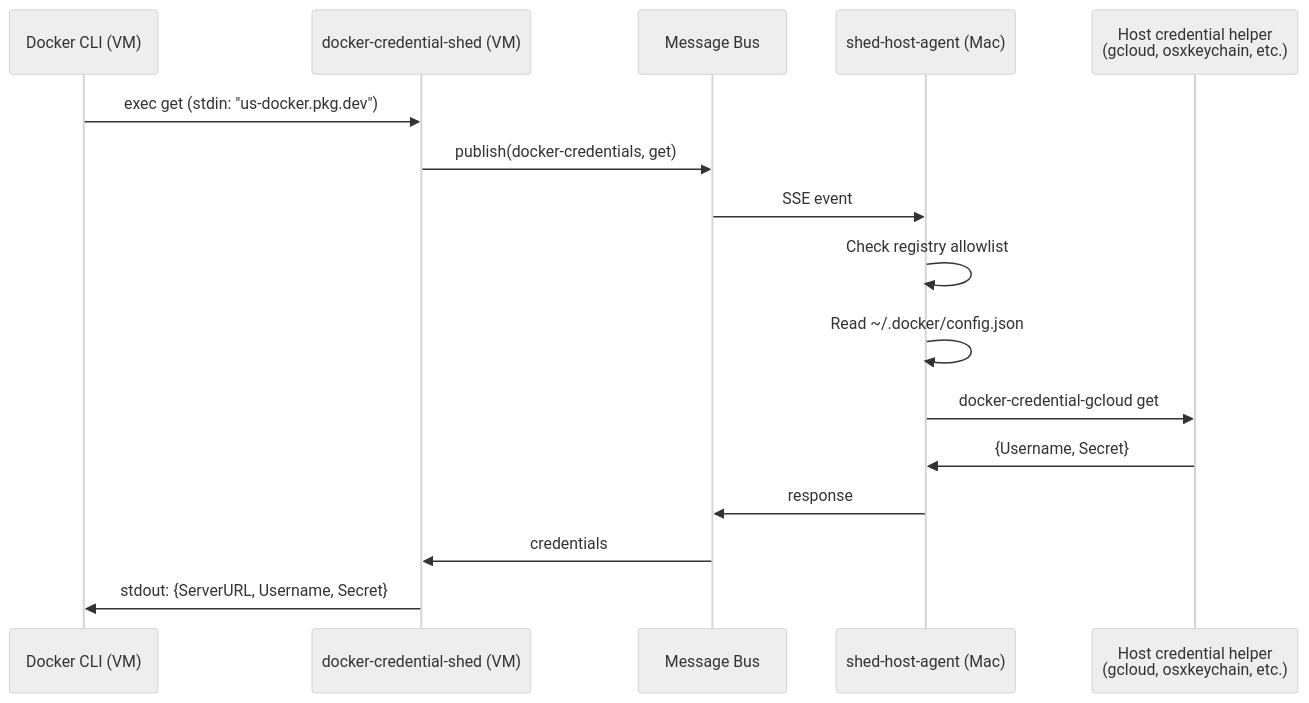
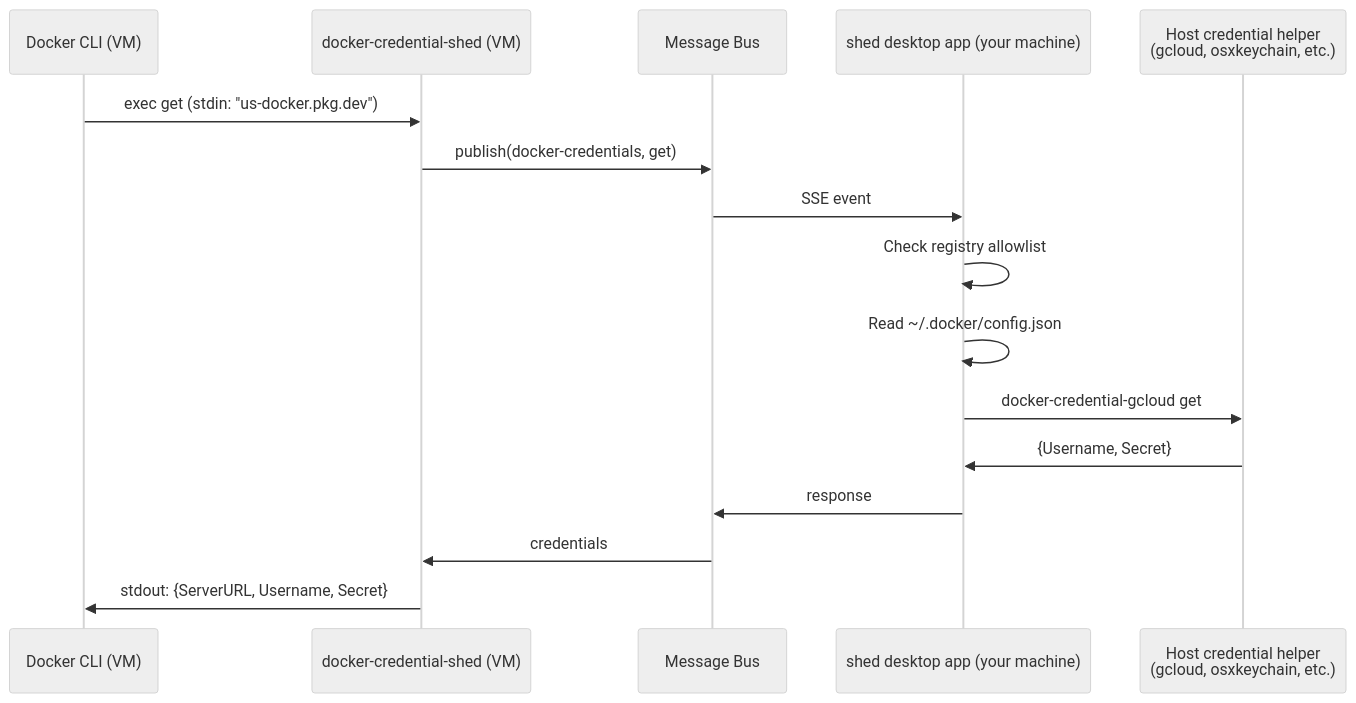
Before and after one commit to charliek/shed: the diagram in docs/extensions/docker-credentials.md, drawn with Mermaid (neutral theme). The commit also changed other lines of this file and 34 other files, not shown here.

First line of the commit message:
docs: the desktop app is the credential broker

````diff
--- a/docs/extensions/docker-credentials.md
+++ b/docs/extensions/docker-credentials.md
@@ -11,19 +11,19 @@
 ```mermaid
 sequenceDiagram
     participant Docker as Docker CLI (VM)
     participant Helper as docker-credential-shed (VM)
     participant Bus as Message Bus
-    participant Host as shed-host-agent (Mac)
+    participant Host as shed desktop app (your machine)
     participant Cred as Host credential helper<br/>(gcloud, osxkeychain, etc.)
 
     Docker->>Helper: exec get (stdin: "us-docker.pkg.dev")
     Helper->>Bus: publish(docker-credentials, get)
     Bus->>Host: SSE event
     Host->>Host: Check registry allowlist
     Host->>Host: Read ~/.docker/config.json
     Host->>Cred: docker-credential-gcloud get
     Cred->>Host: {Username, Secret}
     Host->>Bus: response
     Bus->>Helper: credentials
     Helper->>Docker: stdout: {ServerURL, Username, Secret}
 ```
````
